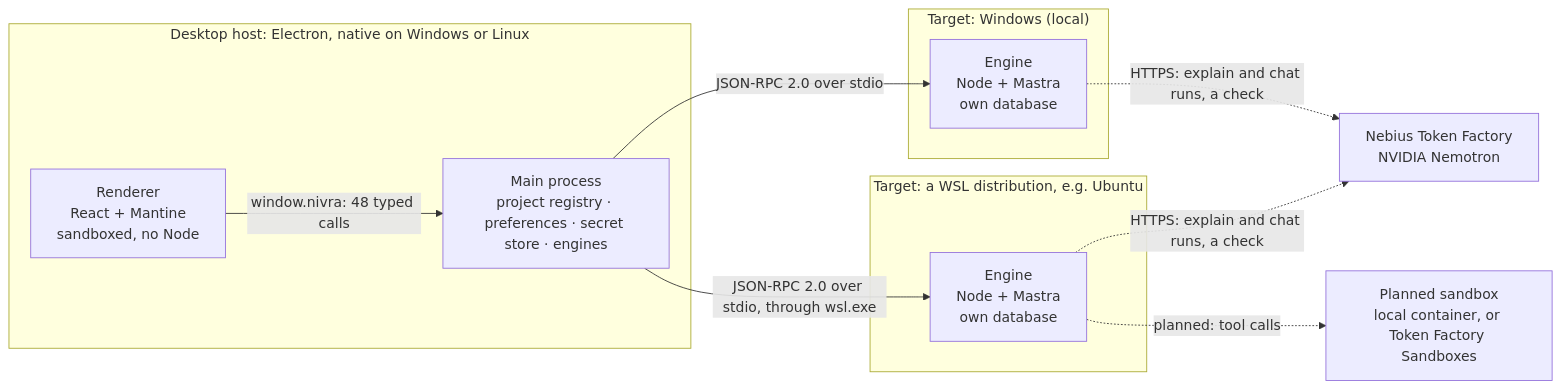
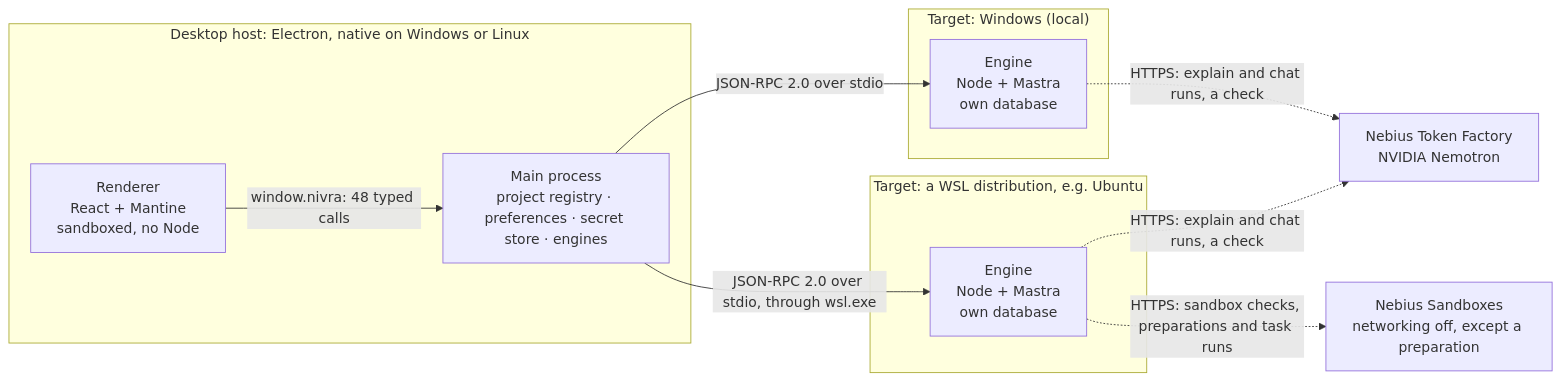
The first of 4 diagrams in system-architecture.md (xXValhallaCoderXx/nivra-orchestrator), drawn with Mermaid before and after one commit. The commit also changed other lines of this file and 4 other files, not shown here.

````diff
--- a/system-architecture.md
+++ b/system-architecture.md
@@ -71,19 +76,19 @@
 ```mermaid
 flowchart LR
   subgraph Host["Desktop host: Electron, native on Windows or Linux"]
     R["Renderer<br/>React + Mantine<br/>sandboxed, no Node"]
     M["Main process<br/>project registry · preferences · secret store · engines"]
     R -- "window.nivra: 48 typed calls" --> M
   end
   subgraph W["Target: Windows (local)"]
     E1["Engine<br/>Node + Mastra<br/>own database"]
   end
   subgraph L["Target: a WSL distribution, e.g. Ubuntu"]
     E2["Engine<br/>Node + Mastra<br/>own database"]
   end
   M -- "JSON-RPC 2.0 over stdio" --> E1
   M -- "JSON-RPC 2.0 over stdio, through wsl.exe" --> E2
   E1 -. "HTTPS: explain and chat runs, a check" .-> TF["Nebius Token Factory<br/>NVIDIA Nemotron"]
   E2 -. "HTTPS: explain and chat runs, a check" .-> TF
-  E2 -. "planned: tool calls" .-> SB["Planned sandbox<br/>local container, or Token Factory Sandboxes"]
+  E2 -. "HTTPS: sandbox checks, preparations and task runs" .-> SB["Nebius Sandboxes<br/>networking off, except a preparation"]
 ```
````
